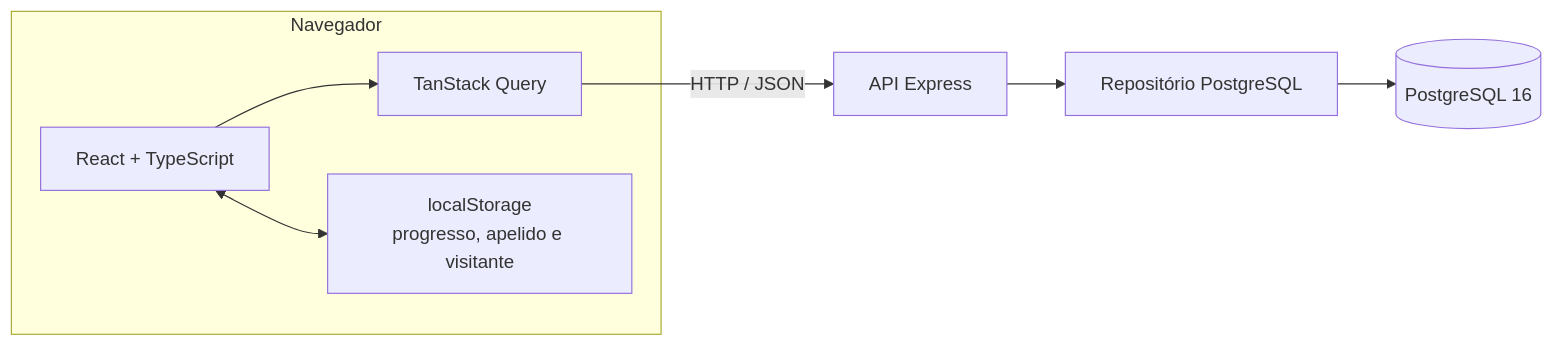
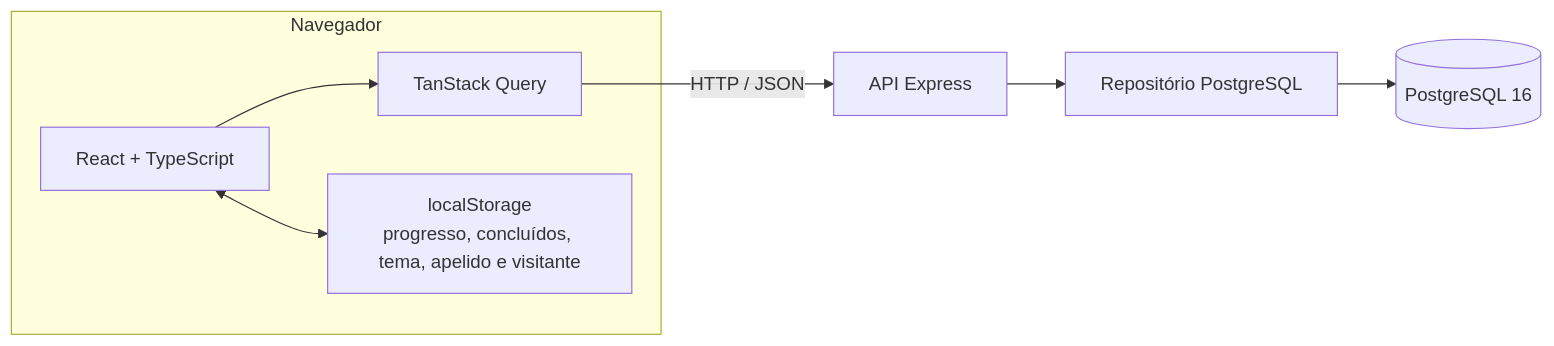
The second of 2 diagrams in README.md (Luccas-H/IHM_Tutorial), drawn with Mermaid before and after one commit. The commit also changed other lines of this file and 33 other files, not shown here.

````diff
--- a/README.md
+++ b/README.md
@@ -101,14 +105,14 @@
 ```mermaid
 flowchart LR
     subgraph Navegador
       UI[React + TypeScript]
       QUERY[TanStack Query]
-      LOCAL[localStorage<br/>progresso, apelido e visitante]
+      LOCAL[localStorage<br/>progresso, concluídos, tema, apelido e visitante]
       UI --> QUERY
       UI <--> LOCAL
     end
 
     QUERY -->|HTTP / JSON| API[API Express]
     API --> REPO[Repositório PostgreSQL]
     REPO --> DB[(PostgreSQL 16)]
 ```
````
